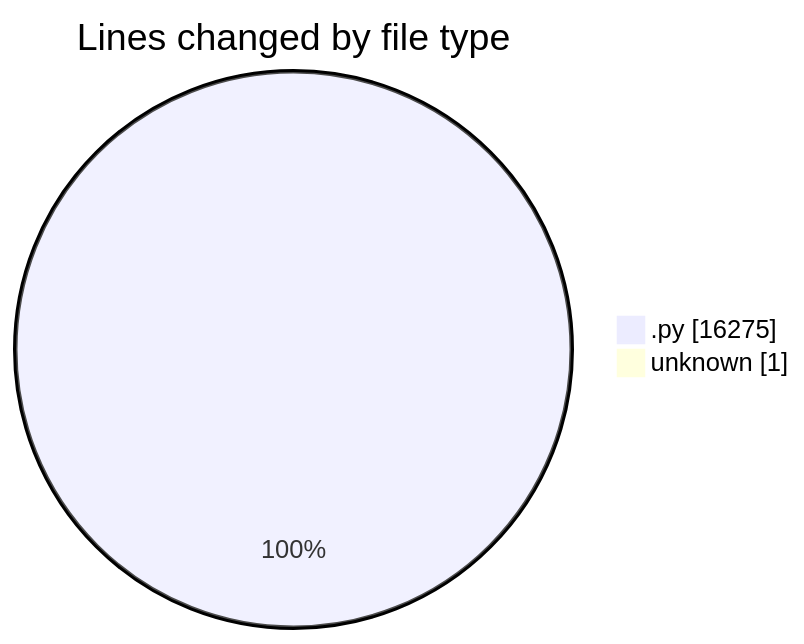
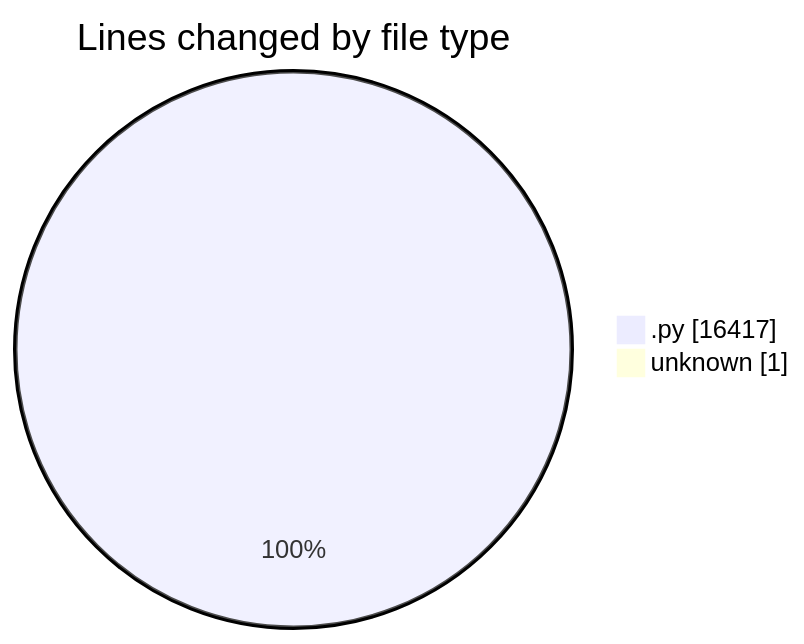
Before and after one commit to julien-gomy/code-tracking: the first of 2 diagrams in 2025-11-22/eventscop-api-guide__workspace_/README.md, drawn with Mermaid. The commit also changed other lines of this file and 1 other file, not shown here.

````diff
--- a/2025-11-22/eventscop-api-guide__workspace_/README.md
+++ b/2025-11-22/eventscop-api-guide__workspace_/README.md
@@ -28,6 +28,6 @@
 ```mermaid
 pie showData
 title Lines changed by file type
-".py" : 16275
+".py" : 16417
 "unknown" : 1
 ```
````
